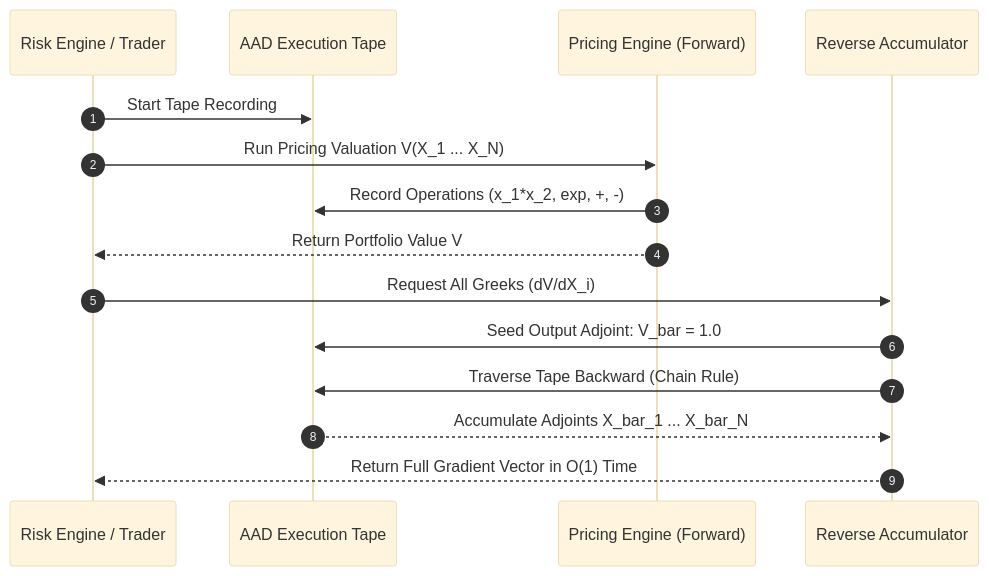
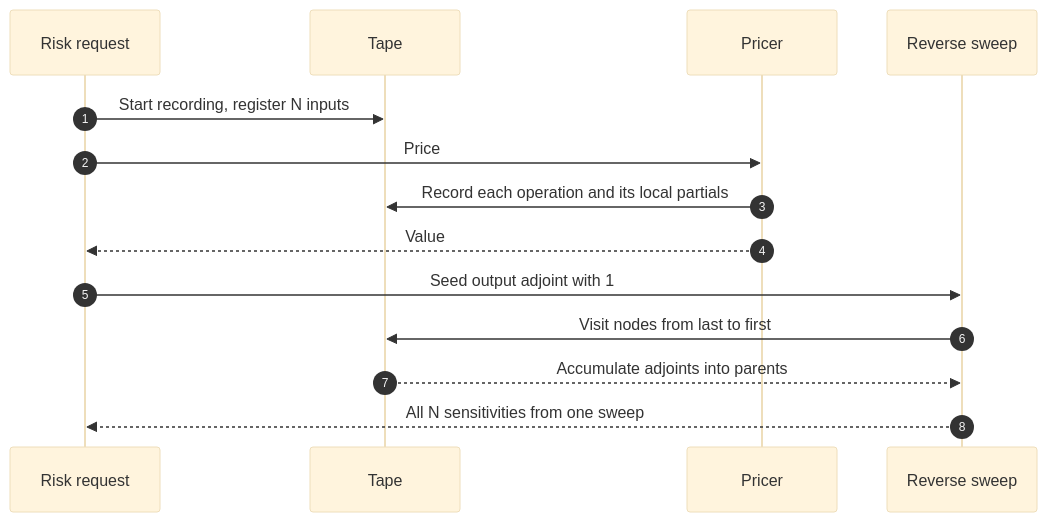
One commit to shreejitverma/The-Quant-Prep changed the third of 3 diagrams in 18-Pricing-and-Risk-Systems/05-Pricing-Library-Architecture.md. Above: the diagram before and after it, drawn with Mermaid (base theme). The commit also changed other lines of this file and 12 other files, not shown here.

First line of the commit message:
docs: rebuild pricing and risk systems notes (#50)

````diff
--- a/18-Pricing-and-Risk-Systems/05-Pricing-Library-Architecture.md
+++ b/18-Pricing-and-Risk-Systems/05-Pricing-Library-Architecture.md
@@ -144,19 +170,16 @@
 ```mermaid
 sequenceDiagram
     autonumber
-    participant Client as Risk Engine / Trader
-    participant Tape as AAD Execution Tape
-    participant Engine as Pricing Engine (Forward)
-    participant Adjoint as Reverse Accumulator
-
-    Client->>Tape: Start Tape Recording
-    Client->>Engine: Run Pricing Valuation V(X_1 ... X_N)
-    Engine->>Tape: Record Operations (x_1*x_2, exp, +, -)
-    Engine-->>Client: Return Portfolio Value V
-    
-    Client->>Adjoint: Request All Greeks (dV/dX_i)
-    Adjoint->>Tape: Seed Output Adjoint: V_bar = 1.0
-    Adjoint->>Tape: Traverse Tape Backward (Chain Rule)
-    Tape-->>Adjoint: Accumulate Adjoints X_bar_1 ... X_bar_N
-    Adjoint-->>Client: Return Full Gradient Vector in O(1) Time
+    participant R as Risk request
+    participant T as Tape
+    participant P as Pricer
+    participant A as Reverse sweep
+    R->>T: Start recording, register N inputs
+    R->>P: Price
+    P->>T: Record each operation and its local partials
+    P-->>R: Value
+    R->>A: Seed output adjoint with 1
+    A->>T: Visit nodes from last to first
+    T-->>A: Accumulate adjoints into parents
+    A-->>R: All N sensitivities from one sweep
 ```
````
